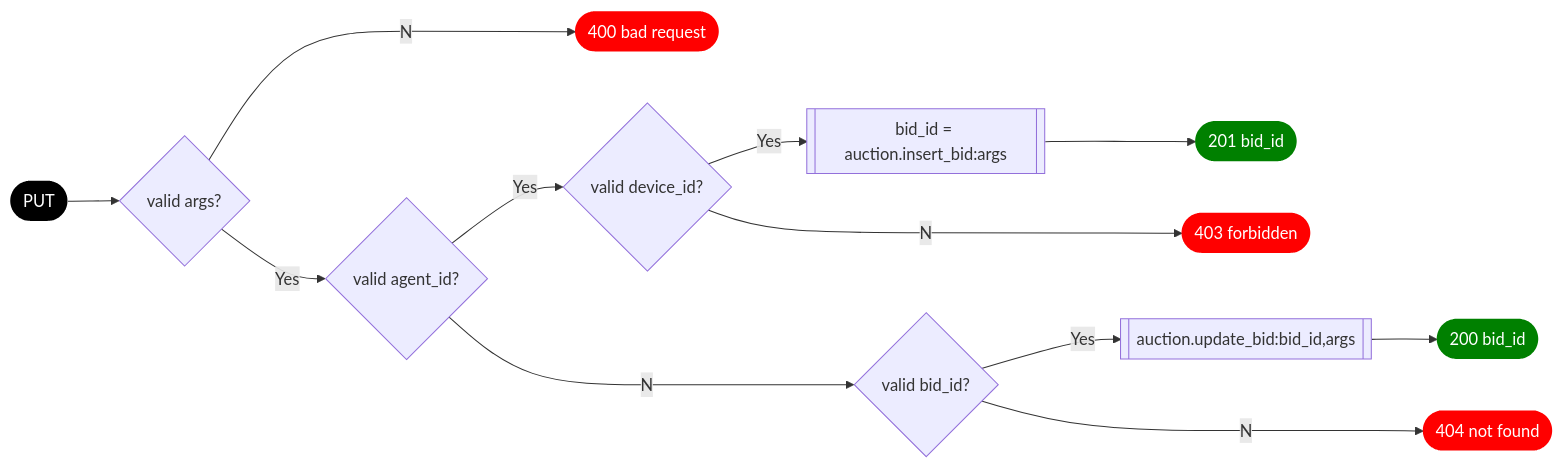
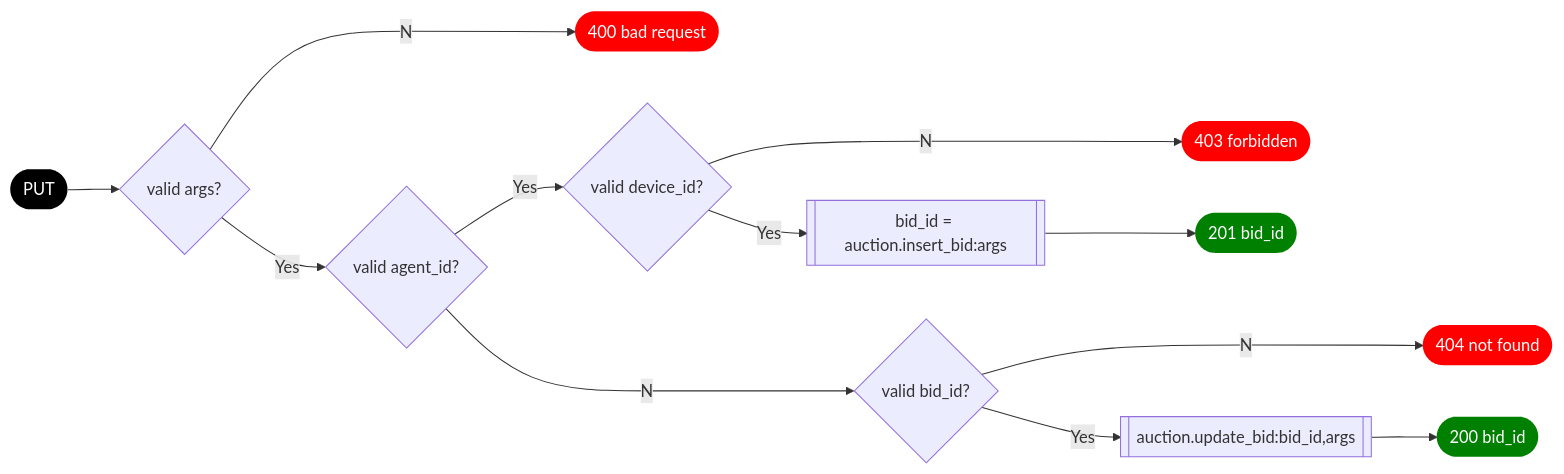
The second of 3 diagrams in docs/auction.md (aivanova5/design), drawn with Mermaid before and after one commit. The commit also changed other lines of this file, not shown here.

````diff
--- a/docs/auction.md
+++ b/docs/auction.md
@@ -145,18 +160,18 @@
 ```mermaid
 graph LR
   classDef start stroke-width:0px,fill:black,color:white
   classDef success fill:green,stroke-width:0px,color:white
   classDef error fill:red,stroke-width:0px,color:white
   
   enter([PUT]):::start --> valid{valid args?}
   valid --No--> bad_request([400 bad request]):::error
   valid --Yes--> new{valid agent_id?}
   new --Yes--> allowed{valid device_id?}
+  allowed --No-->forbidden([403 forbidden]):::error
   allowed --Yes--> insert_bid[[bid_id = auction.insert_bid:args]]
-  allowed --No-->forbidden([403 forbidden]):::error
   new --No--> exists{valid bid_id?}
+  exists --No--> not_found([404 not found]):::error
   exists --Yes--> update_bid[[auction.update_bid:bid_id,args]]
-  exists --No--> not_found([404 not found]):::error
   update_bid --> OK([200 bid_id]):::success
   insert_bid --> Created([201 bid_id]):::success
 ```
````
